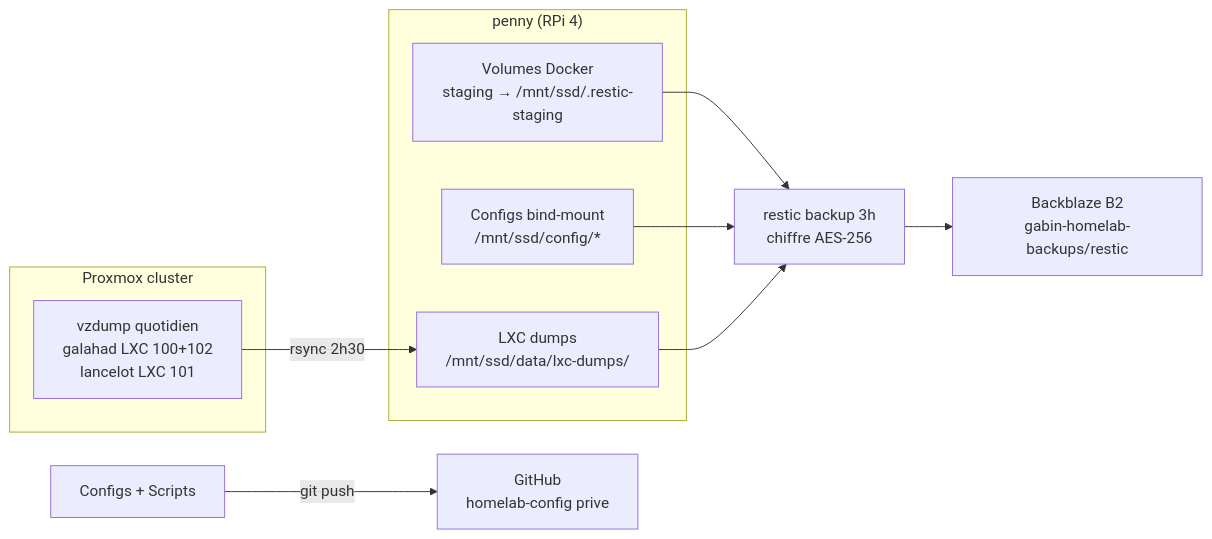
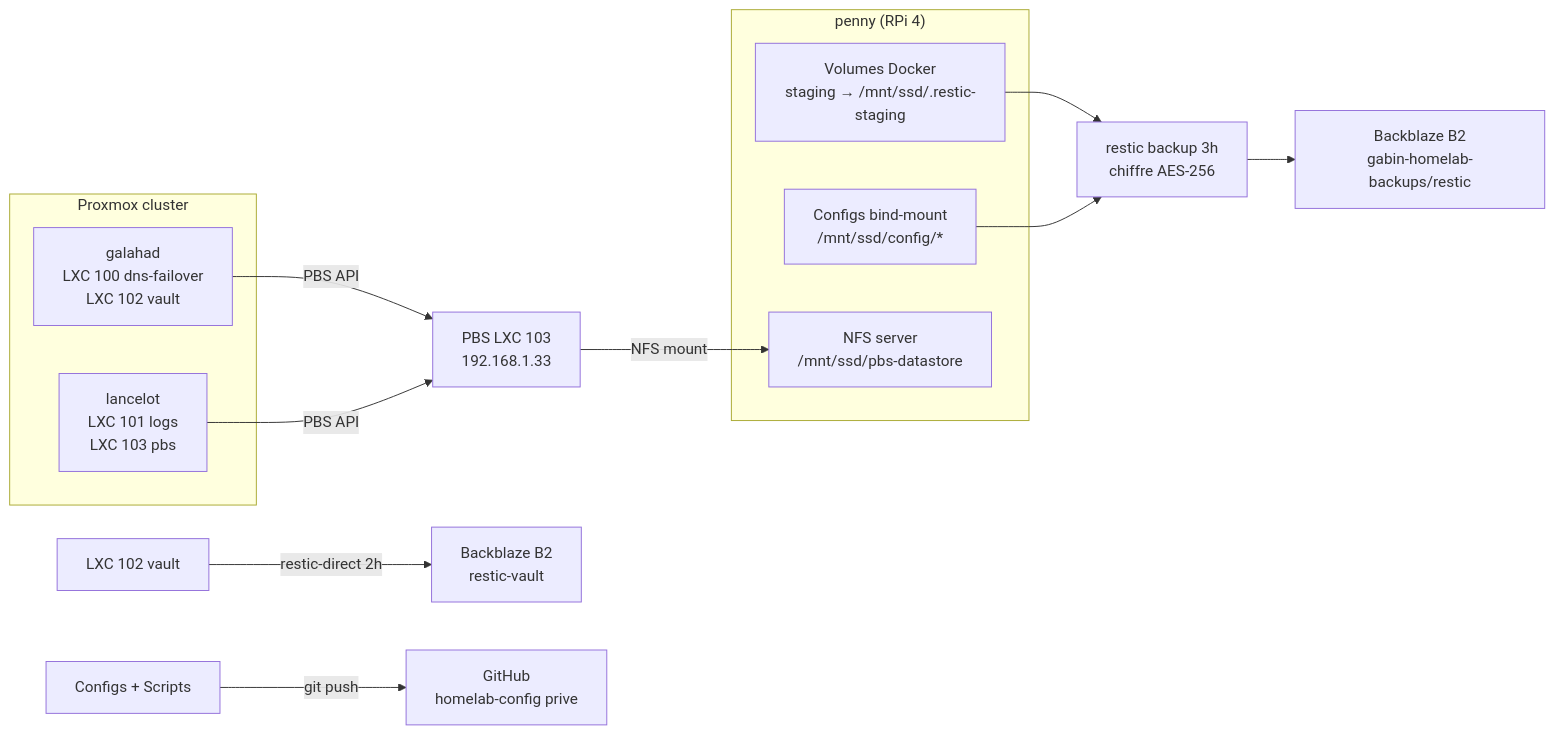
The diagram in docs/operations/backups.md (GabinSMD/homelab-doc), drawn with Mermaid before and after one commit. The commit also changed other lines of this file and 2 other files, not shown here.

First line of the commit message:
docs: PBS setup, SSH hardening LXC, convention comptes, vault backup

````diff
--- a/docs/operations/backups.md
+++ b/docs/operations/backups.md
@@ -5,20 +5,25 @@
 ```mermaid
 graph LR
+    subgraph cluster["Proxmox cluster"]
+        galahad[galahad<br/>LXC 100 dns-failover<br/>LXC 102 vault]
+        lancelot[lancelot<br/>LXC 101 logs<br/>LXC 103 pbs]
+    end
+
     subgraph penny["penny (RPi 4)"]
         volumes[Volumes Docker<br/>staging → /mnt/ssd/.restic-staging]
         configs[Configs bind-mount<br/>/mnt/ssd/config/*]
-        dumps[LXC dumps<br/>/mnt/ssd/data/lxc-dumps/]
+        nfs[NFS server<br/>/mnt/ssd/pbs-datastore]
     end
 
-    subgraph cluster["Proxmox cluster"]
-        vzdump[vzdump quotidien<br/>galahad LXC 100+102<br/>lancelot LXC 101]
-    end
+    galahad -->|PBS API| PBS[PBS LXC 103<br/>192.168.1.33]
+    lancelot -->|PBS API| PBS
+    PBS -->|NFS mount| nfs
 
-    vzdump -->|rsync 2h30| dumps
     volumes --> restic
     configs --> restic
-    dumps --> restic
+    restic[restic backup 3h<br/>chiffre AES-256] --> B2[Backblaze B2<br/>gabin-homelab-backups/restic]
 
-    restic[restic backup 3h<br/>chiffre AES-256] --> B2[Backblaze B2<br/>gabin-homelab-backups/restic]
+    vault102[LXC 102 vault] -->|restic-direct 2h| B2vault[Backblaze B2<br/>restic-vault]
+
     Git[Configs + Scripts] -->|git push| GitHub[GitHub<br/>homelab-config prive]
 ```
````
